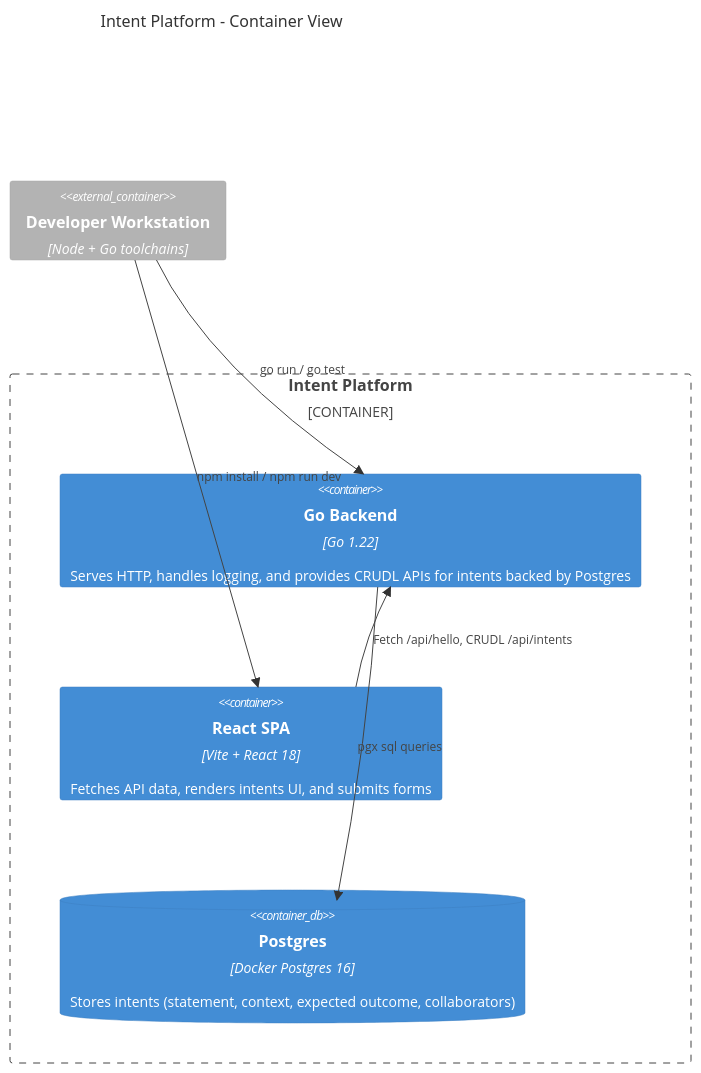
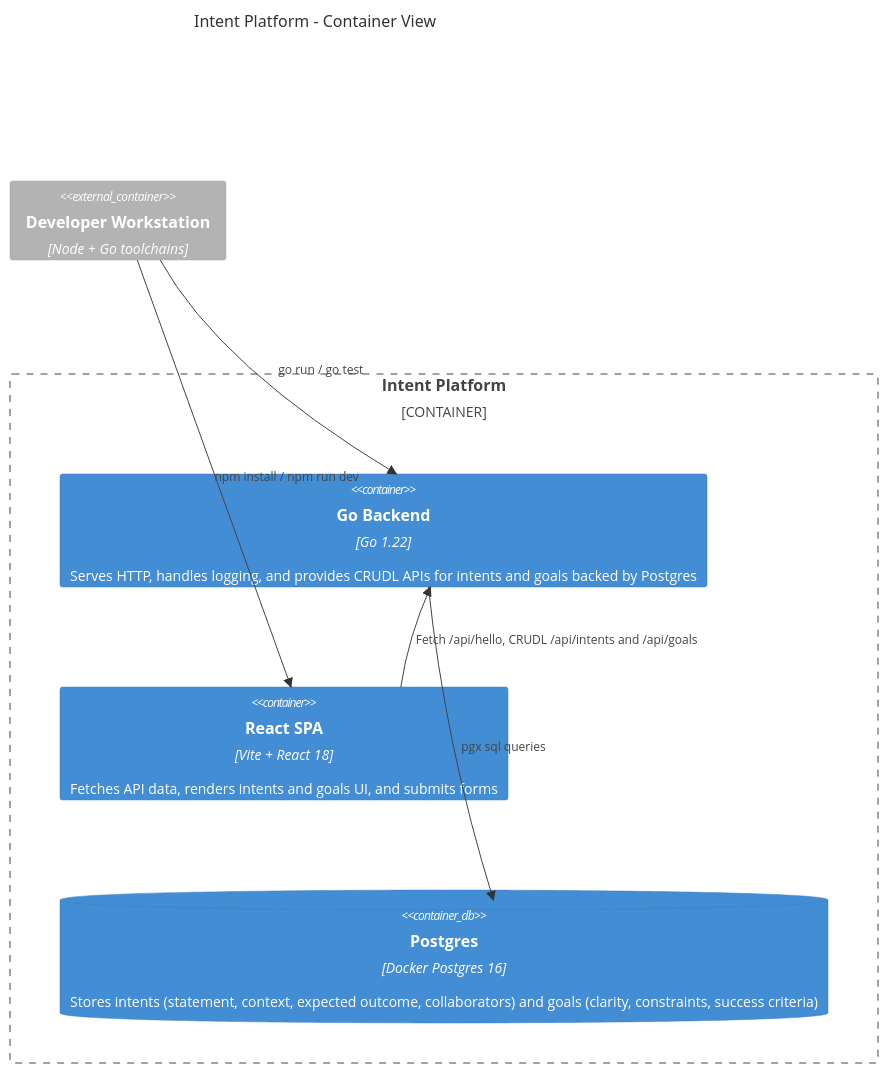
One commit to aotearoa-david/intent changed the second of 2 diagrams in README.md. Above: the diagram before and after it, drawn with Mermaid. The commit also changed other lines of this file and 15 other files, not shown here.

````diff
--- a/README.md
+++ b/README.md
@@ -131,15 +148,15 @@
 ```mermaid
 C4Container
     title Intent Platform - Container View
     Container_Boundary(c1, "Intent Platform") {
-        Container(api, "Go Backend", "Go 1.22", "Serves HTTP, handles logging, and provides CRUDL APIs for intents backed by Postgres")
-        Container(frontend, "React SPA", "Vite + React 18", "Fetches API data, renders intents UI, and submits forms")
-        ContainerDb(db, "Postgres", "Docker Postgres 16", "Stores intents (statement, context, expected outcome, collaborators)")
+        Container(api, "Go Backend", "Go 1.22", "Serves HTTP, handles logging, and provides CRUDL APIs for intents and goals backed by Postgres")
+        Container(frontend, "React SPA", "Vite + React 18", "Fetches API data, renders intents and goals UI, and submits forms")
+        ContainerDb(db, "Postgres", "Docker Postgres 16", "Stores intents (statement, context, expected outcome, collaborators) and goals (clarity, constraints, success criteria)")
     }
     Container_Ext(dev, "Developer Workstation", "Node + Go toolchains")
 
     Rel(dev, frontend, "npm install / npm run dev")
     Rel(dev, api, "go run / go test")
-    Rel(frontend, api, "Fetch /api/hello, CRUDL /api/intents")
+    Rel(frontend, api, "Fetch /api/hello, CRUDL /api/intents and /api/goals")
     Rel(api, db, "pgx sql queries")
 ```
````
